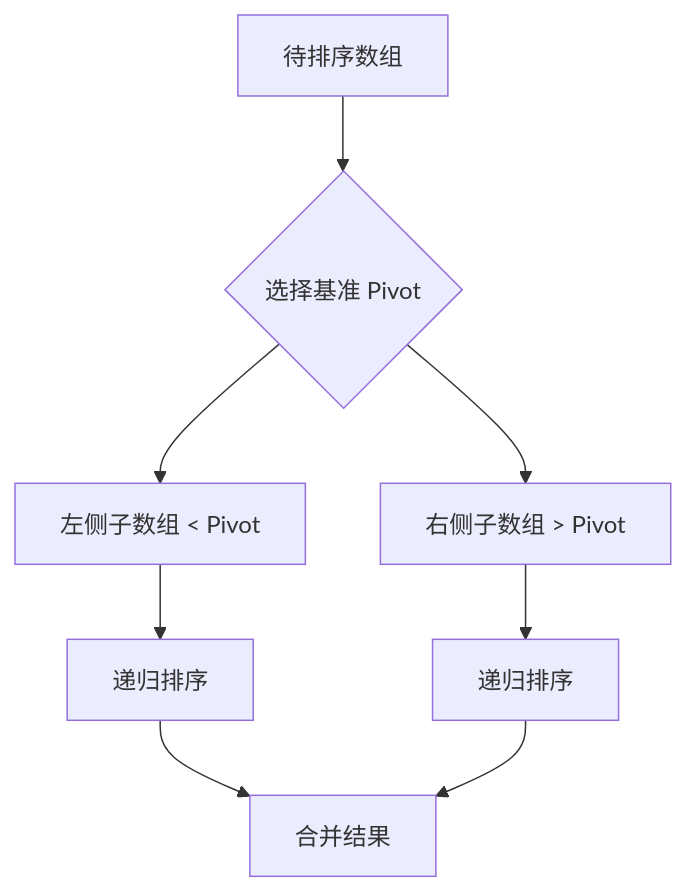
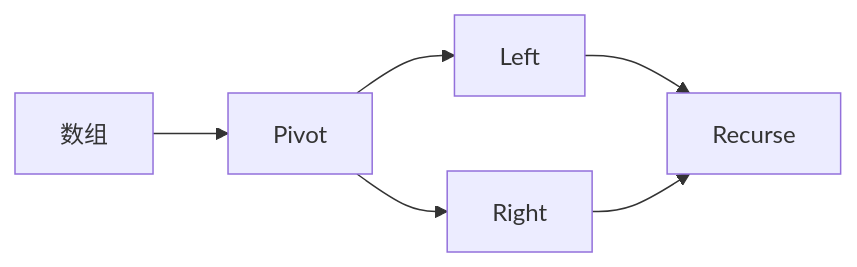
The fourth of 5 diagrams in 02-C语言/README.md (fanquanpp/MyNotebook), drawn with Mermaid before and after one commit. The commit also changed other lines of this file and 3 other files, not shown here.

````diff
--- a/02-C语言/README.md
+++ b/02-C语言/README.md
@@ -276,10 +264,5 @@
 ```mermaid
-graph TD
-    A[待排序数组] --> B{选择基准 Pivot}
-    B --> C[左侧子数组 < Pivot]
-    B --> D[右侧子数组 > Pivot]
-    C --> E[递归排序]
-    D --> F[递归排序]
-    E --> G[合并结果]
-    F --> G
+graph LR
+    A[数组] --> B[Pivot] --> C[Left] --> D[Recurse]
+    B --> E[Right] --> D
 ```
````
